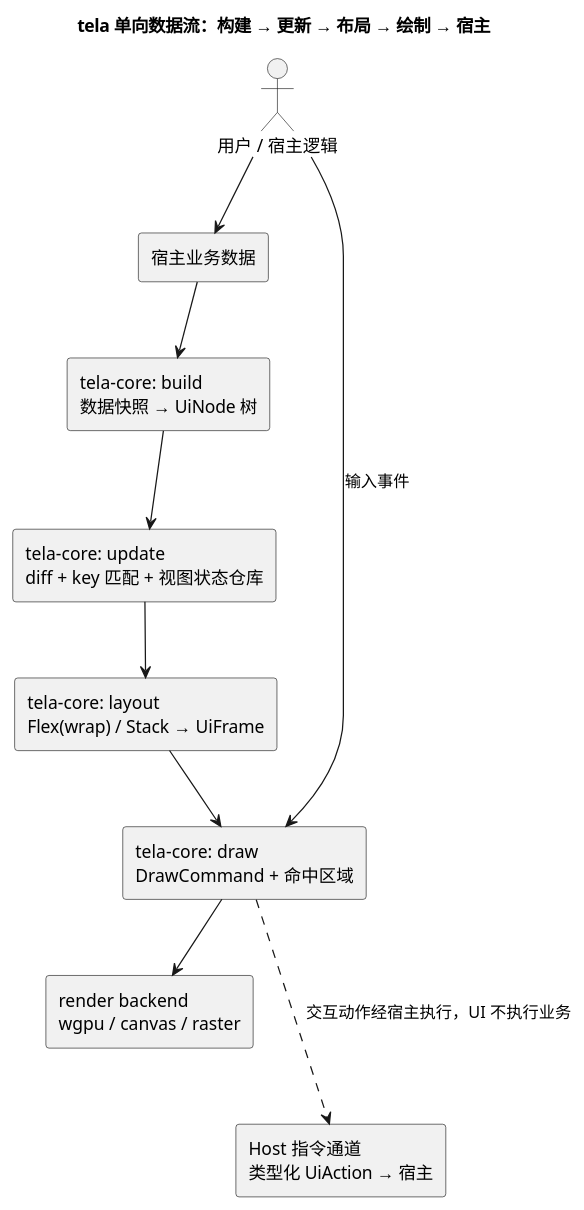
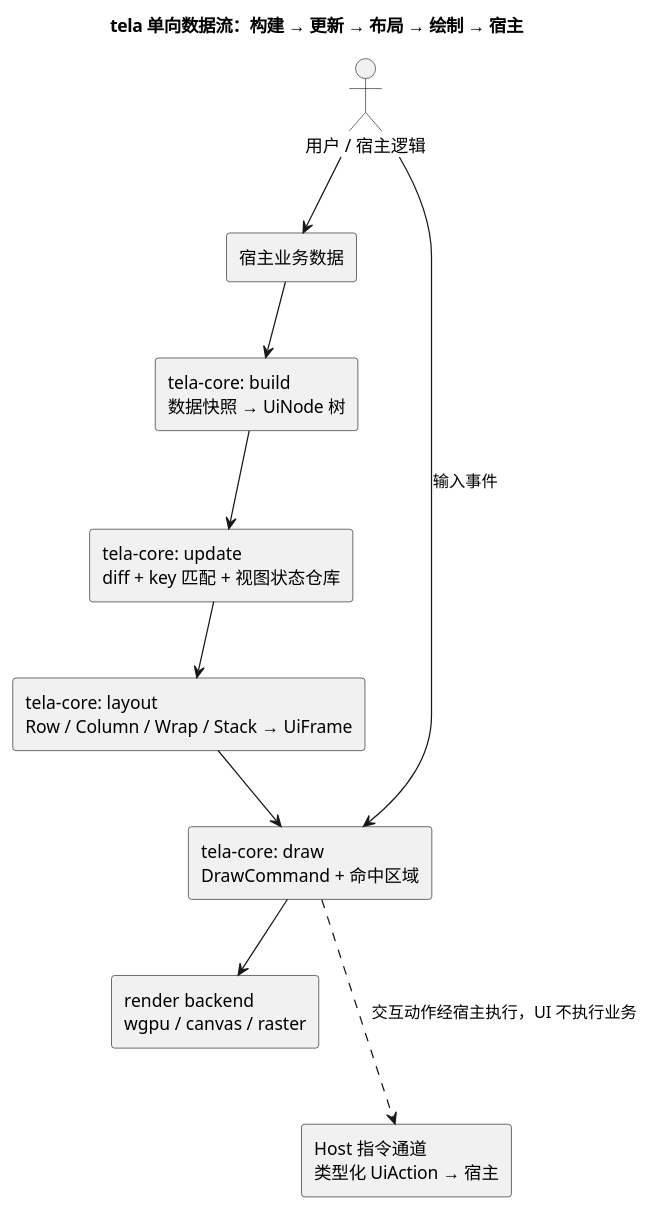
The diagram in docs/002-架构总览与分层.md (nyml2003/tela), drawn with PlantUML before and after one commit. The commit also changed other lines of this file and 50 other files, not shown here.

First line of the commit message:
Replace Flex/Stack layout with single-measure primitives

````diff
--- a/docs/002-架构总览与分层.md
+++ b/docs/002-架构总览与分层.md
@@ -73,25 +73,25 @@
 ```plantuml
 @startuml
 title tela 单向数据流：构建 → 更新 → 布局 → 绘制 → 宿主
 skinparam componentStyle rectangle
 skinparam shadowing false
 
 actor "用户 / 宿主逻辑" as user
 component "宿主业务数据" as data
 component "tela-core: build\n数据快照 → UiNode 树" as build
 component "tela-core: update\ndiff + key 匹配 + 视图状态仓库" as update
-component "tela-core: layout\nFlex(wrap) / Stack → UiFrame" as layout
+component "tela-core: layout\nRow / Column / Wrap / Stack → UiFrame" as layout
 component "tela-core: draw\nDrawCommand + 命中区域" as draw
 component "render backend\nwgpu / canvas / raster" as render
 component "Host 指令通道\n类型化 UiAction → 宿主" as act
 
 user --> data
 data --> build
 build --> update
 update --> layout
 layout --> draw
 draw --> render
 draw -.-> act : 交互动作经宿主执行，UI 不执行业务
 user --> draw : 输入事件
 @enduml
 ```
````
